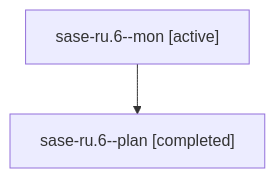
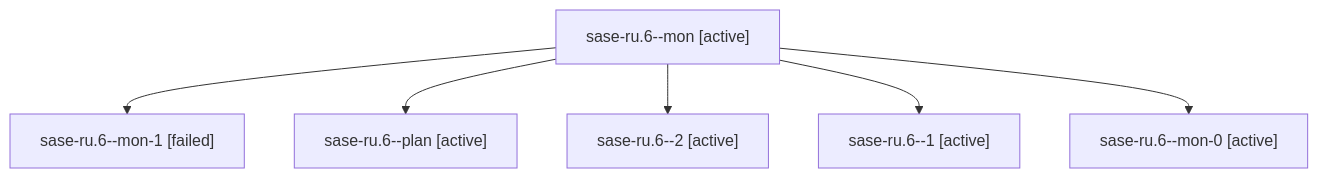
The diagram in families/bbugyi200.athena.sase-ru.6.md (sase-org/sase--agents), drawn with Mermaid before and after one commit. The commit also changed other lines of this file and 35830 other files, not shown here.

````diff
--- a/families/bbugyi200.athena.sase-ru.6.md
+++ b/families/bbugyi200.athena.sase-ru.6.md
@@ -9,6 +9,14 @@
 ```mermaid
 flowchart TD
   n0["sase-ru.6--mon [active]"]
-  n1["sase-ru.6--plan [completed]"]
+  n1["sase-ru.6--mon-1 [failed]"]
   n0 --> n1
+  n2["sase-ru.6--plan [active]"]
+  n0 --> n2
+  n3["sase-ru.6--2 [active]"]
+  n0 --> n3
+  n4["sase-ru.6--1 [active]"]
+  n0 --> n4
+  n5["sase-ru.6--mon-0 [active]"]
+  n0 --> n5
 ```
````
